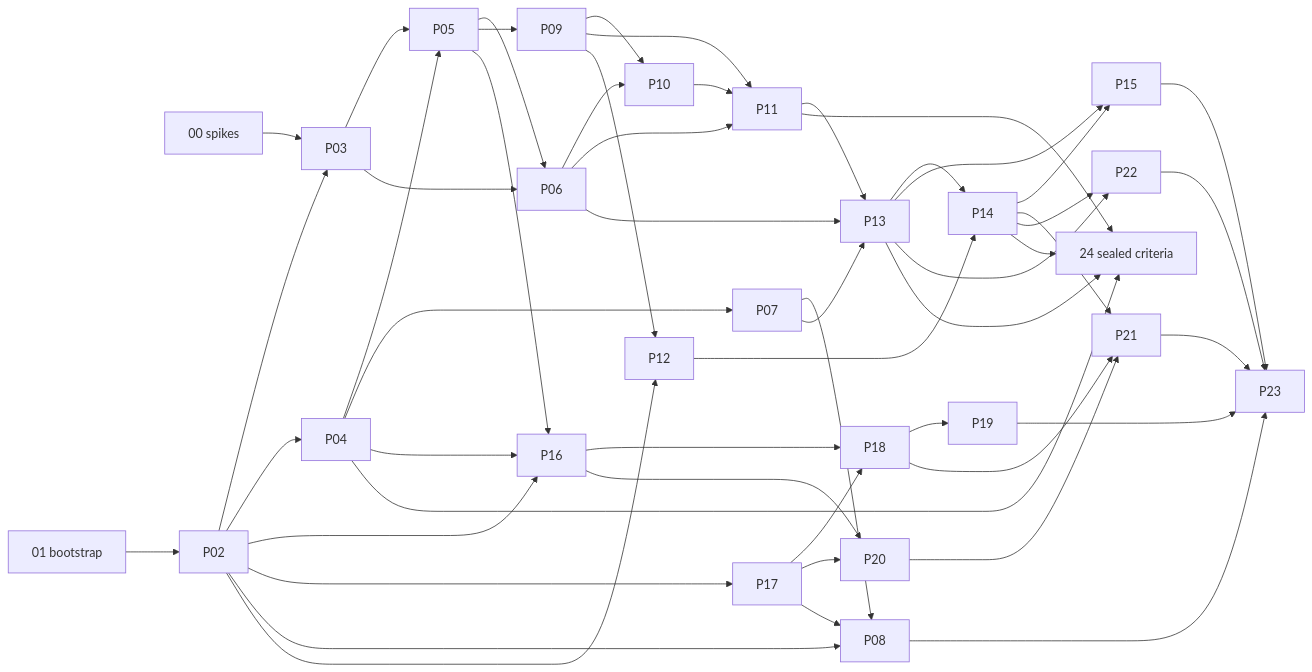
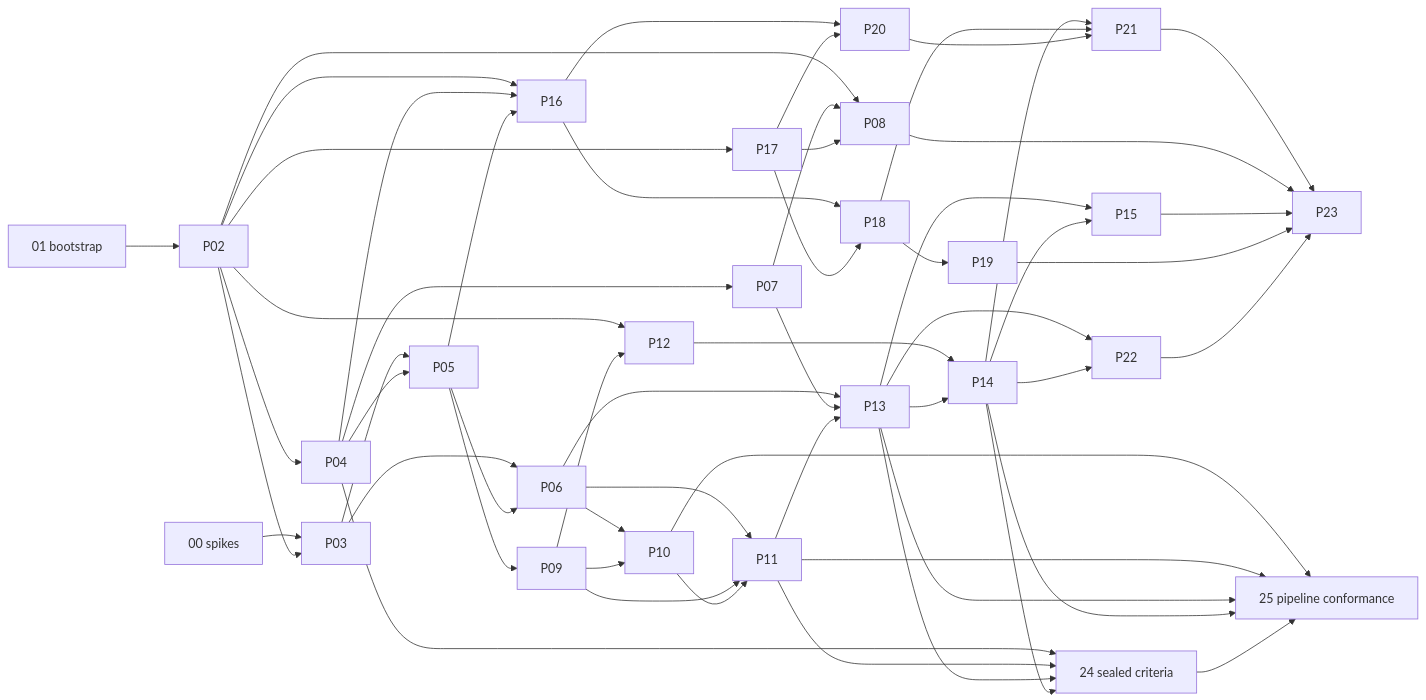
Before and after one commit to WitchyNibbles/crabgic: the diagram in roadmap/README.md, drawn with Mermaid. The commit also changed other lines of this file and 105 other files, not shown here.

````diff
--- a/roadmap/README.md
+++ b/roadmap/README.md
@@ -226,24 +232,25 @@
 ```mermaid
 graph LR
   P00[00 spikes] --> P03
   P01[01 bootstrap] --> P02
   P02 --> P03 & P04 & P16 & P17 & P08 & P12
   P03 --> P05 & P06
   P04 --> P05 & P07 & P16
   P05 --> P06 & P09 & P16
   P06 --> P10 & P11 & P13
   P07 --> P08 & P13
   P09 --> P10 & P11 & P12
   P10 --> P11
   P11 --> P13
   P12 --> P14
   P13 --> P14 & P15 & P22
   P14 --> P15 & P21 & P22
   P16 --> P18 & P20
   P17 --> P18 & P20 & P08
   P18 --> P19 & P21
   P20 --> P21
   P21 --> P23
   P08 & P15 & P19 & P22 --> P23
   P04 & P11 & P13 & P14 --> P24[24 sealed criteria]
+  P10 & P11 & P13 & P14 & P24 --> P25[25 pipeline conformance]
 ```
````
